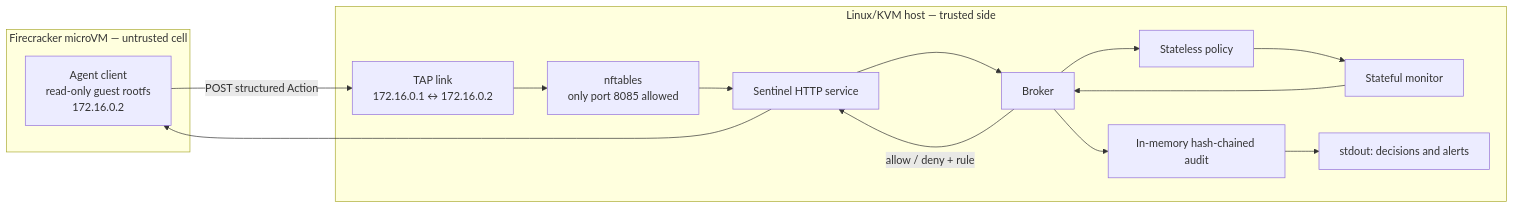
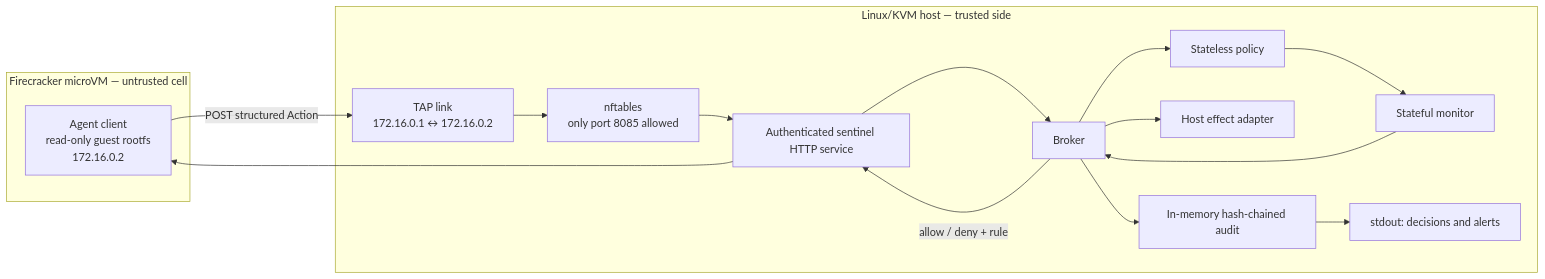
The diagram in README.md (mdamo/sentinel-sandbox), drawn with Mermaid before and after one commit. The commit also changed other lines of this file and 12 other files, not shown here.

````diff
--- a/README.md
+++ b/README.md
@@ -23,20 +23,22 @@
 ```mermaid
 flowchart LR
     subgraph Guest["Firecracker microVM — untrusted cell"]
         Agent["Agent client<br/>read-only guest rootfs<br/>172.16.0.2"]
     end
     subgraph Host["Linux/KVM host — trusted side"]
         TAP["TAP link<br/>172.16.0.1 ↔ 172.16.0.2"]
         FW["nftables<br/>only port 8085 allowed"]
-        API["Sentinel HTTP service"]
+        API["Authenticated sentinel HTTP service"]
         Broker["Broker"]
         Policy["Stateless policy"]
         Monitor["Stateful monitor"]
+        Effects["Host effect adapter"]
         Audit["In-memory hash-chained audit"]
         Logs["stdout: decisions and alerts"]
     end
     Agent -- "POST structured Action" --> TAP --> FW --> API --> Broker
     Broker --> Policy --> Monitor --> Broker
     Broker --> Audit --> Logs
+    Broker --> Effects
     Broker -- "allow / deny + rule" --> API --> Agent
 ```
````
